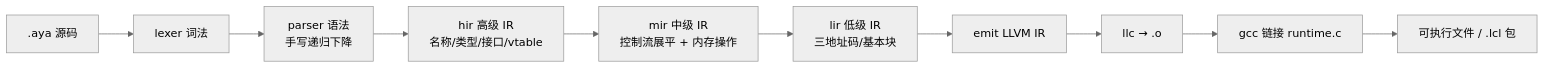
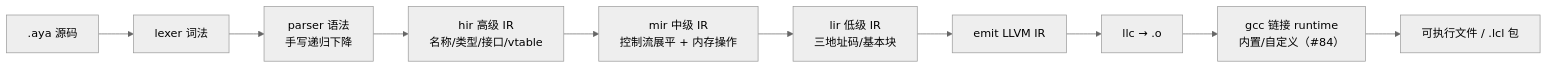
One commit to ayanami1ei/Ayanami-language changed the first of 4 diagrams in docs/knowledge-graph.md. Above: the diagram before and after it, drawn with Mermaid (neutral theme). The commit also changed other lines of this file and 30 other files, not shown here.

First line of the commit message:
#84 ②③ 实现 + ① 设计：#export/C 符号导出、自定义 runtime 选择、typeclass 设计文档

````diff
--- a/docs/knowledge-graph.md
+++ b/docs/knowledge-graph.md
@@ -24,12 +26,12 @@
 ```mermaid
 graph LR
     SRC[.aya 源码] --> LEX[lexer 词法]
     LEX --> PAR[parser 语法<br/>手写递归下降]
     PAR --> HIR[hir 高级 IR<br/>名称/类型/接口/vtable]
     HIR --> MIR[mir 中级 IR<br/>控制流展平 + 内存操作]
     MIR --> LIR[lir 低级 IR<br/>三地址码/基本块]
     LIR --> EMIT[emit LLVM IR]
     EMIT --> LLC[llc → .o]
-    LLC --> GCC[gcc 链接 runtime.c]
+    LLC --> GCC[gcc 链接 runtime<br/>内置/自定义（#84）]
     GCC --> EXE[可执行文件 / .lcl 包]
 ```
````
